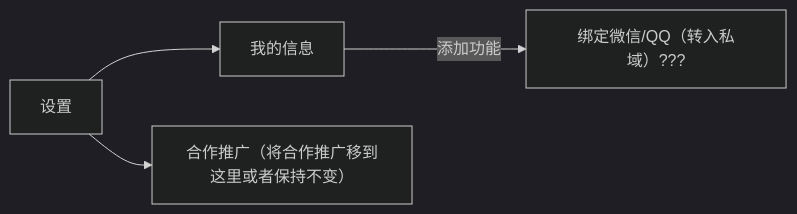
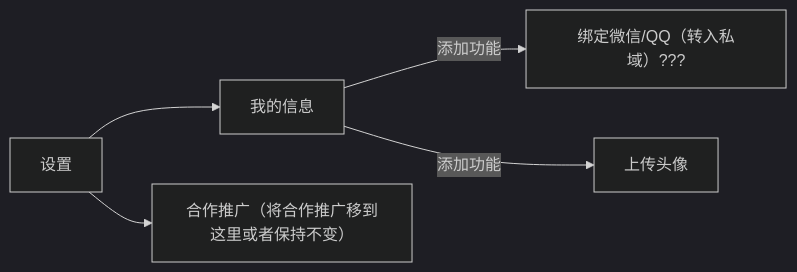
The second of 3 diagrams in 裂变方案.md (0x00t0x7f/misc-notes), drawn with Mermaid (dark theme) before and after one commit. The commit also changed other lines of this file, not shown here.

````diff
--- a/裂变方案.md
+++ b/裂变方案.md
@@ -37,12 +37,14 @@
 ```mermaid
 
 graph LR
 
 O[设置]
 A[我的信息]
 A11["绑定微信/QQ（转入私域）???"]
 B["合作推广（将合作推广移到这里或者保持不变）"]
+C[上传头像]
 
 O --> A & B
 A --> |添加功能|A11
+A -->|添加功能|C
 ```
````
